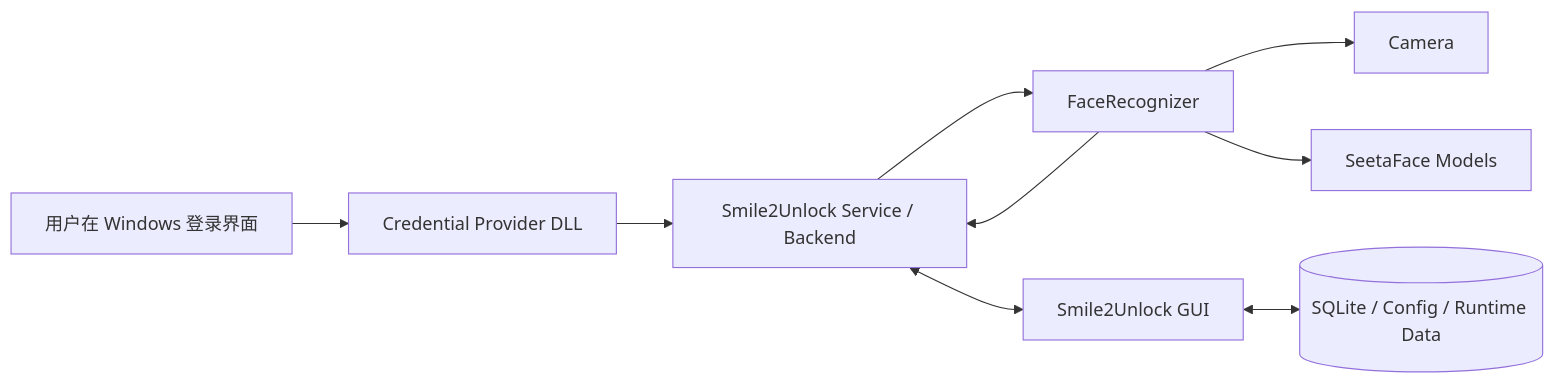
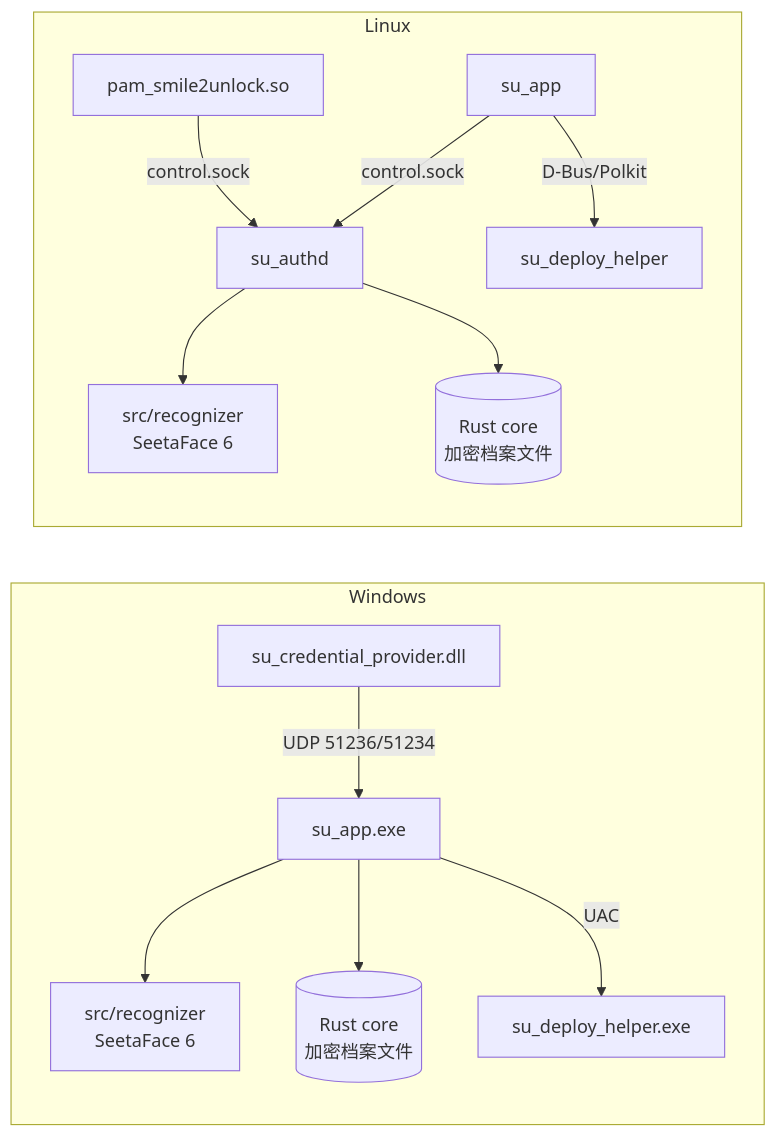
The diagram in README_zh.md (Smile2Unlock/Smile2Unlock_v2), drawn with Mermaid before and after one commit. The commit also changed other lines of this file and 152 other files, not shown here.

First line of the commit message:
feat: add Windows credential provider and deployment (#57)

````diff
--- a/README_zh.md
+++ b/README_zh.md
@@ -87,11 +96,16 @@
 ```mermaid
 flowchart LR
-    U[用户在 Windows 登录界面] --> CP[Credential Provider DLL]
-    CP --> S[Smile2Unlock Service / Backend]
-    S --> FR[FaceRecognizer]
-    S <--> GUI[Smile2Unlock GUI]
-    GUI <--> DB[(SQLite / Config / Runtime Data)]
-    FR --> CAM[Camera]
-    FR --> MODEL[SeetaFace Models]
-    FR --> S
+    subgraph Windows
+        CP[su_credential_provider.dll] -- UDP 51236/51234 --> APP[su_app.exe]
+        APP --> REC[src/recognizer<br/>SeetaFace 6]
+        APP --> CORE[(Rust core<br/>加密档案文件)]
+        APP -- UAC --> HELPER[su_deploy_helper.exe]
+    end
+    subgraph Linux
+        PAM[pam_smile2unlock.so] -- control.sock --> AUTHD[su_authd]
+        AUTHD --> REC2[src/recognizer<br/>SeetaFace 6]
+        AUTHD --> CORE2[(Rust core<br/>加密档案文件)]
+        GUI[su_app] -- control.sock --> AUTHD
+        GUI -- D-Bus/Polkit --> HELPER2[su_deploy_helper]
+    end
 ```
````
